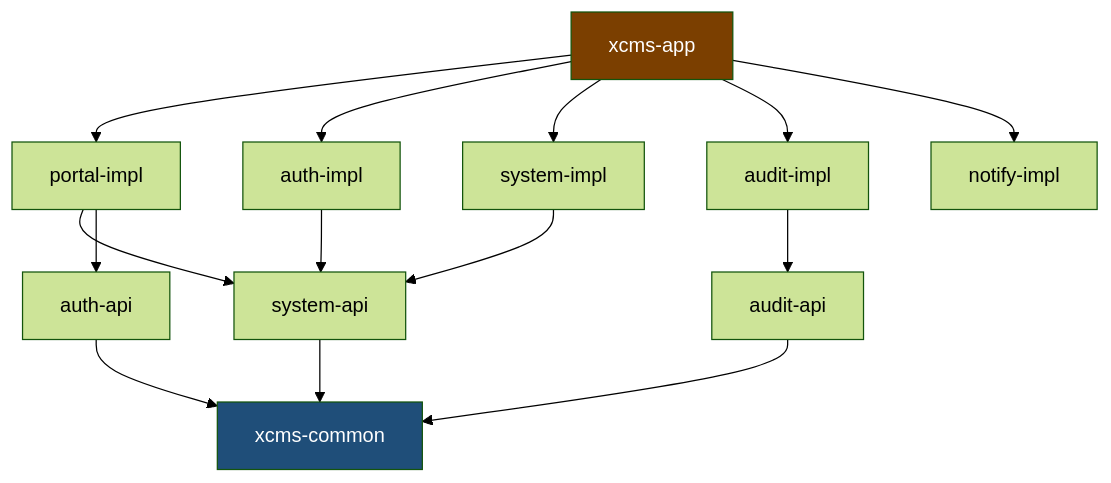
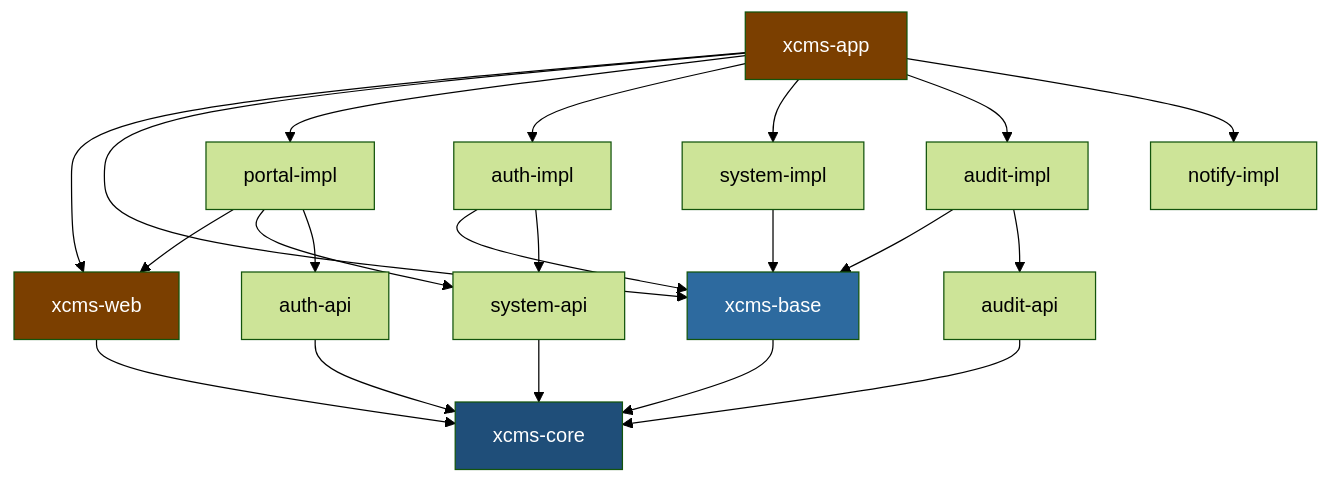
One commit to xctec/xctec-xcms changed the first of 4 diagrams in docs/design.md. Above: the diagram before and after it, drawn with Mermaid (forest theme). The commit also changed other lines of this file, not shown here.

````diff
--- a/docs/design.md
+++ b/docs/design.md
@@ -113,30 +156,44 @@
 ```mermaid
 graph TD
     APP[xcms-app]
     PORTAL_I[portal-impl]
     AUTH_I[auth-impl]
     SYS_I[system-impl]
     AUDIT_I[audit-impl]
     NOTIFY_I[notify-impl]
     SYS_A[system-api]
     AUTH_A[auth-api]
     AUDIT_A[audit-api]
-    COMMON[xcms-common]
+    CORE[xcms-core]
+    BASE[xcms-base]
+    WEB[xcms-web]
 
+    APP --> WEB
+    APP --> BASE
     APP --> PORTAL_I
     APP --> AUTH_I
     APP --> SYS_I
     APP --> AUDIT_I
     APP --> NOTIFY_I
+
+    WEB --> CORE
+    BASE --> CORE
+
+    PORTAL_I --> WEB
     PORTAL_I --> SYS_A
     PORTAL_I --> AUTH_A
+    AUTH_I --> BASE
     AUTH_I --> SYS_A
-    SYS_I --> SYS_A
+    SYS_I --> BASE
+    AUDIT_I --> BASE
     AUDIT_I --> AUDIT_A
-    SYS_A --> COMMON
-    AUTH_A --> COMMON
-    AUDIT_A --> COMMON
 
-    style COMMON fill:#1f4e79,color:#fff
+    SYS_A --> CORE
+    AUTH_A --> CORE
+    AUDIT_A --> CORE
+
+    style CORE fill:#1f4e79,color:#fff
+    style BASE fill:#2d6a9f,color:#fff
+    style WEB fill:#7b3f00,color:#fff
     style APP fill:#7b3f00,color:#fff
 ```
````
